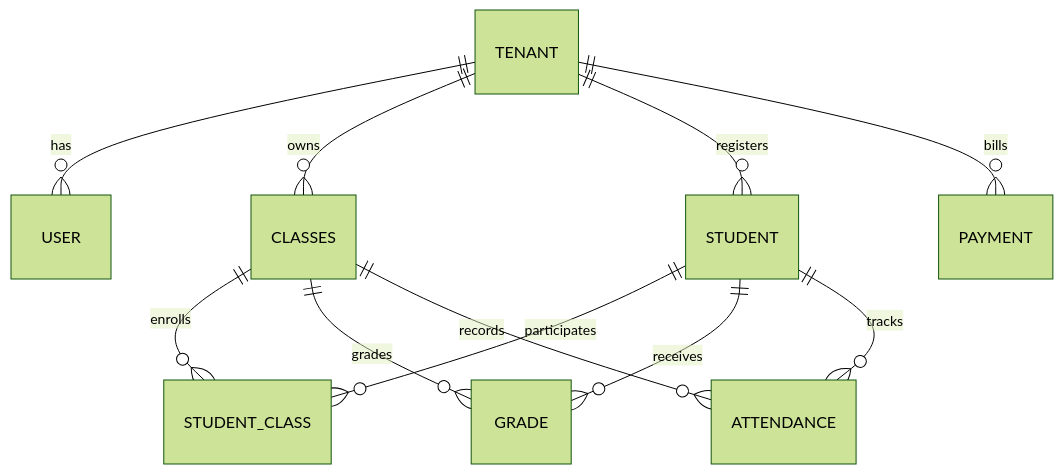
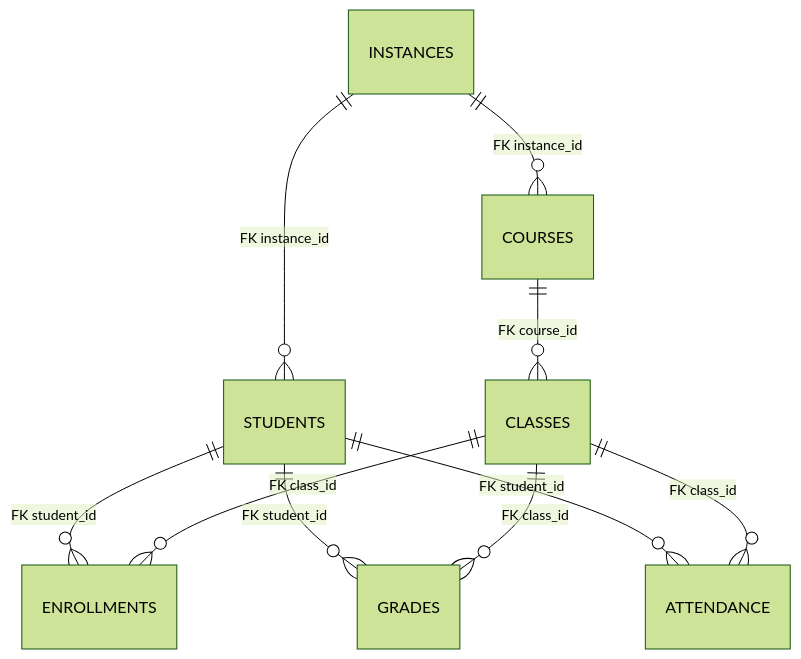
Before and after one commit to VictorAurelius/2026-Kite-Class-Platform: diagram 11 of 14 in documents/08-thesis/chapter-2-system-architecture.md, drawn with Mermaid (forest theme). The commit also changed other lines of this file and 157 other files, not shown here.

````diff
--- a/documents/08-thesis/chapter-2-system-architecture.md
+++ b/documents/08-thesis/chapter-2-system-architecture.md
@@ -578,13 +687,12 @@
 ```mermaid
 erDiagram
-    TENANT ||--o{ USER : has
-    TENANT ||--o{ CLASSES : owns
-    TENANT ||--o{ STUDENT : registers
-    TENANT ||--o{ PAYMENT : bills
-    CLASSES ||--o{ STUDENT_CLASS : enrolls
-    STUDENT ||--o{ STUDENT_CLASS : participates
-    STUDENT ||--o{ GRADE : receives
-    STUDENT ||--o{ ATTENDANCE : tracks
-    CLASSES ||--o{ GRADE : grades
-    CLASSES ||--o{ ATTENDANCE : records
+    INSTANCES ||--o{ STUDENTS : "FK instance_id"
+    INSTANCES ||--o{ COURSES : "FK instance_id"
+    COURSES ||--o{ CLASSES : "FK course_id"
+    STUDENTS ||--o{ ENROLLMENTS : "FK student_id"
+    CLASSES ||--o{ ENROLLMENTS : "FK class_id"
+    STUDENTS ||--o{ GRADES : "FK student_id"
+    CLASSES ||--o{ GRADES : "FK class_id"
+    STUDENTS ||--o{ ATTENDANCE : "FK student_id"
+    CLASSES ||--o{ ATTENDANCE : "FK class_id"
 ```
````
